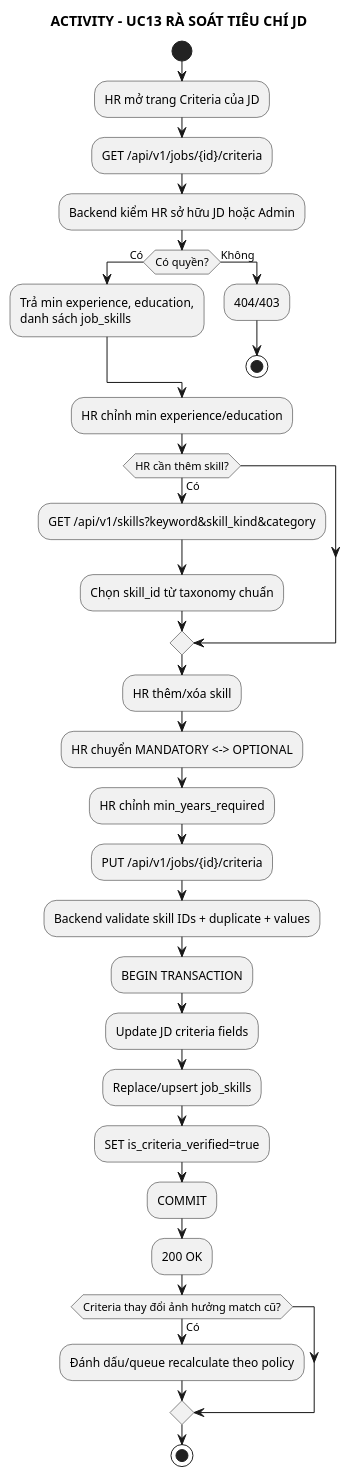
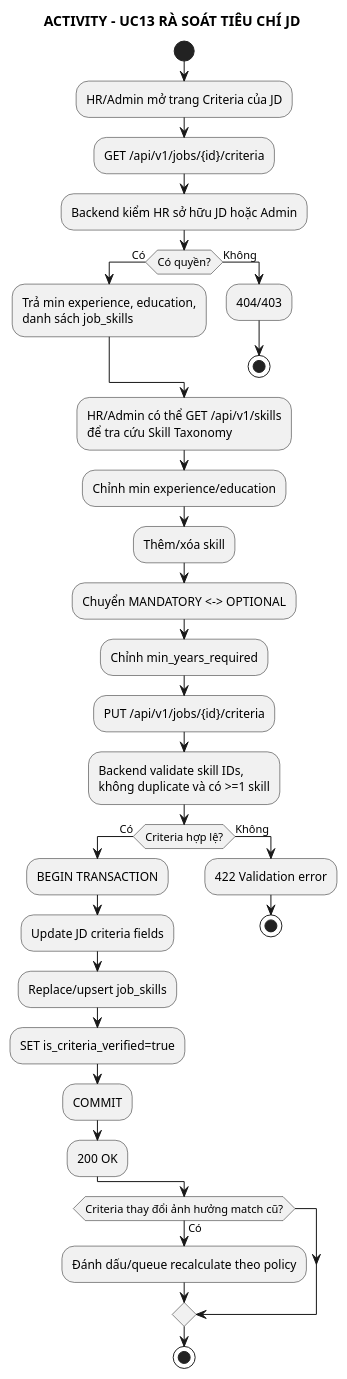
Before and after one commit to anh632k-ui/WebCVUngVienTuyenDung: the diagram in docs/03_activity/act_uc13_review_job_criteria.puml, drawn with PlantUML.

Commit message:
docs(pttk): enforce nonempty verified JD criteria

```diff
--- a/docs/03_activity/act_uc13_review_job_criteria.puml
+++ b/docs/03_activity/act_uc13_review_job_criteria.puml
@@ -1,40 +1,44 @@
 @startuml
 skinparam monochrome true
 skinparam shadowing false
 
 title ACTIVITY - UC13 RÀ SOÁT TIÊU CHÍ JD
 
 start
-:HR mở trang Criteria của JD;
+:HR/Admin mở trang Criteria của JD;
 :GET /api/v1/jobs/{id}/criteria;
 :Backend kiểm HR sở hữu JD hoặc Admin;
 if (Có quyền?) then (Có)
   :Trả min experience, education,
   danh sách job_skills;
 else (Không)
   :404/403;
   stop
 endif
 
-:HR chỉnh min experience/education;
-if (HR cần thêm skill?) then (Có)
-  :GET /api/v1/skills?keyword&skill_kind&category;
-  :Chọn skill_id từ taxonomy chuẩn;
+:HR/Admin có thể GET /api/v1/skills
+để tra cứu Skill Taxonomy;
+:Chỉnh min experience/education;
+:Thêm/xóa skill;
+:Chuyển MANDATORY <-> OPTIONAL;
+:Chỉnh min_years_required;
+:PUT /api/v1/jobs/{id}/criteria;
+:Backend validate skill IDs,
+không duplicate và có >=1 skill;
+if (Criteria hợp lệ?) then (Có)
+  :BEGIN TRANSACTION;
+  :Update JD criteria fields;
+  :Replace/upsert job_skills;
+  :SET is_criteria_verified=true;
+  :COMMIT;
+  :200 OK;
+else (Không)
+  :422 Validation error;
+  stop
 endif
-:HR thêm/xóa skill;
-:HR chuyển MANDATORY <-> OPTIONAL;
-:HR chỉnh min_years_required;
-:PUT /api/v1/jobs/{id}/criteria;
-:Backend validate skill IDs + duplicate + values;
-:BEGIN TRANSACTION;
-:Update JD criteria fields;
-:Replace/upsert job_skills;
-:SET is_criteria_verified=true;
-:COMMIT;
-:200 OK;
 
 if (Criteria thay đổi ảnh hưởng match cũ?) then (Có)
   :Đánh dấu/queue recalculate theo policy;
 endif
 stop
 @enduml
```
